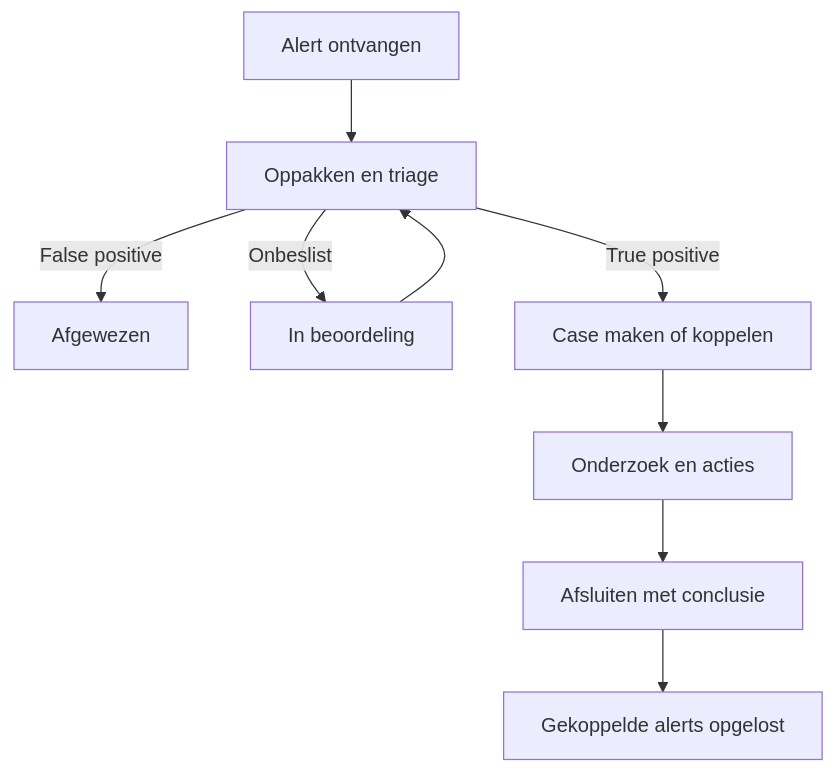
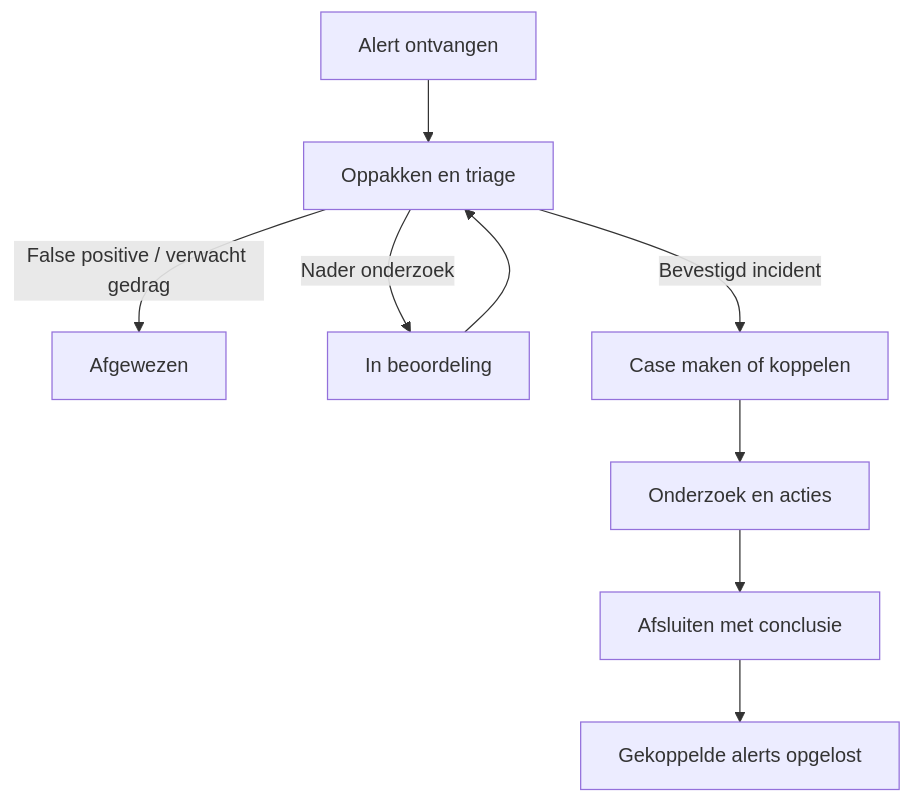
The first of 4 diagrams in README.md (TeunHSytrius/SOC3-Project), drawn with Mermaid before and after one commit. The commit also changed other lines of this file and 18 other files, not shown here.

````diff
--- a/README.md
+++ b/README.md
@@ -154,11 +153,11 @@
 ```mermaid
 flowchart TD
     A[Alert ontvangen] --> B[Oppakken en triage]
-    B -->|False positive| C[Afgewezen]
-    B -->|Onbeslist| D[In beoordeling]
+    B -->|False positive / verwacht gedrag| C[Afgewezen]
+    B -->|Nader onderzoek| D[In beoordeling]
     D --> B
-    B -->|True positive| E[Case maken of koppelen]
+    B -->|Bevestigd incident| E[Case maken of koppelen]
     E --> F[Onderzoek en acties]
     F --> G[Afsluiten met conclusie]
     G --> H[Gekoppelde alerts opgelost]
 ```
````
